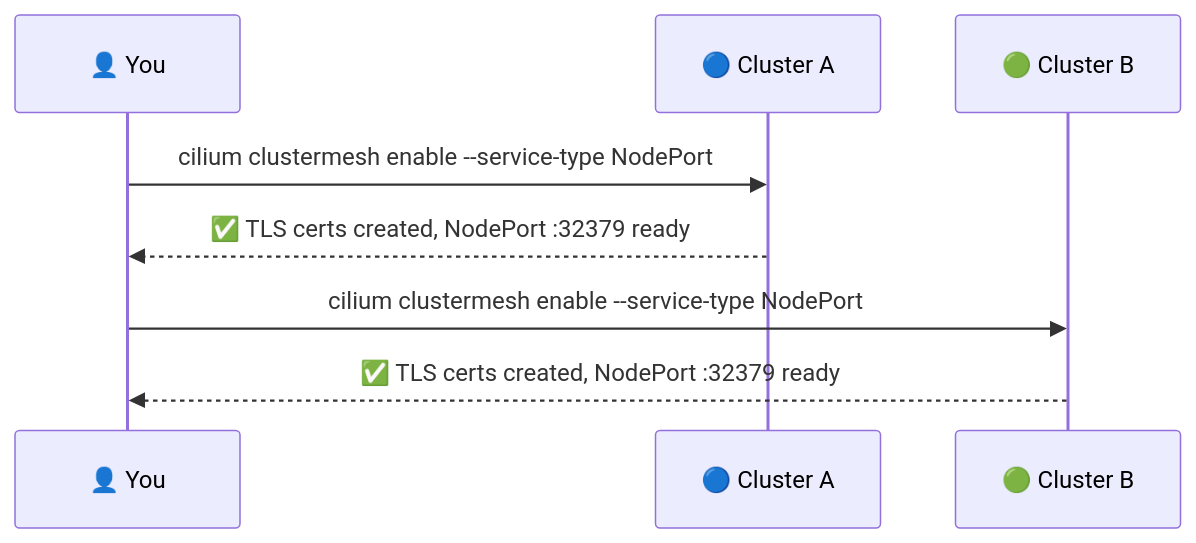
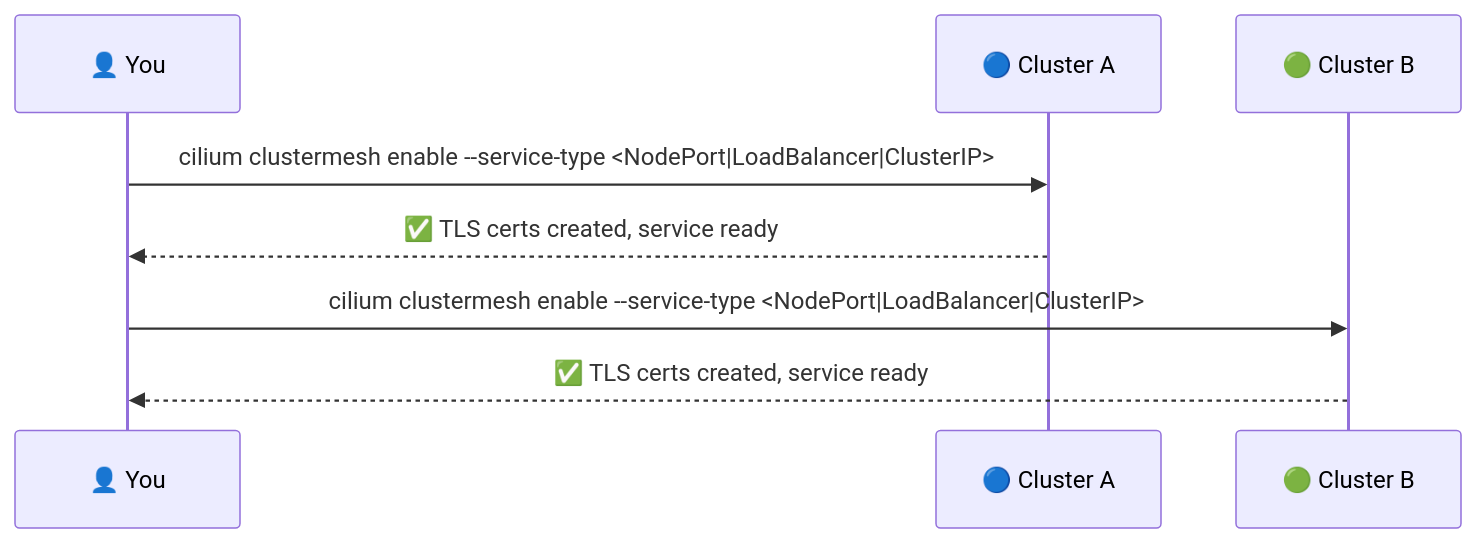
One commit to Orpere/kind changed the fourth of 8 diagrams in readme.md. Above: the diagram before and after it, drawn with Mermaid. The commit also changed other lines of this file and 1 other file, not shown here.

````diff
--- a/readme.md
+++ b/readme.md
@@ -265,10 +425,10 @@
 ```mermaid
 sequenceDiagram
     participant User as 👤 You
     participant CA as 🔵 Cluster A
     participant CB as 🟢 Cluster B
-    User->>CA: cilium clustermesh enable --service-type NodePort
-    CA-->>User: ✅ TLS certs created, NodePort :32379 ready
-    User->>CB: cilium clustermesh enable --service-type NodePort
-    CB-->>User: ✅ TLS certs created, NodePort :32379 ready
+    User->>CA: cilium clustermesh enable --service-type <NodePort|LoadBalancer|ClusterIP>
+    CA-->>User: ✅ TLS certs created, service ready
+    User->>CB: cilium clustermesh enable --service-type <NodePort|LoadBalancer|ClusterIP>
+    CB-->>User: ✅ TLS certs created, service ready
 ```
````
